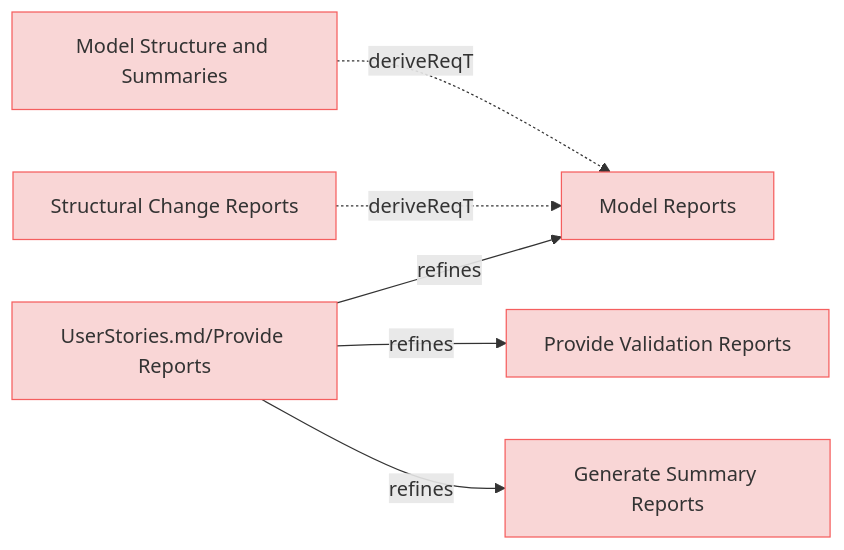
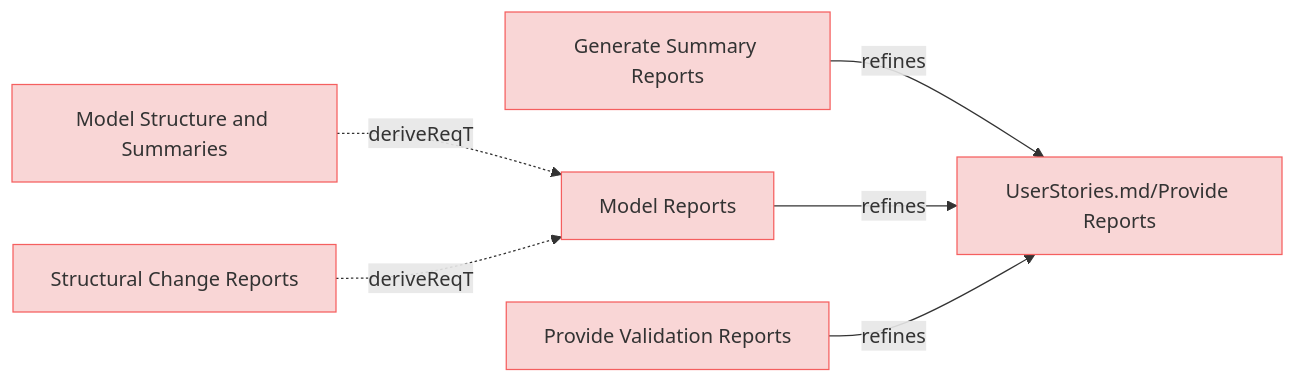
One commit to reqvire-org/reqvire changed the fifth of 9 diagrams in specifications/UserRequirements.md. Above: the diagram before and after it, drawn with Mermaid. The commit also changed other lines of this file and 22 other files, not shown here.

````diff
--- a/specifications/UserRequirements.md
+++ b/specifications/UserRequirements.md
@@ -369,32 +369,32 @@
 ```mermaid
 graph LR;
   %% Graph styling
   classDef requirement fill:#f9d6d6,stroke:#f55f5f,stroke-width:1px;
   classDef verification fill:#d6f9d6,stroke:#5fd75f,stroke-width:1px;
   classDef externalLink fill:#d0e0ff,stroke:#3080ff,stroke-width:1px;
   classDef default fill:#f5f5f5,stroke:#333333,stroke-width:1px;
 
+  40de7485b25294["Model Structure and Summaries"];
+  click 40de7485b25294 "https://github.com/Reqvire/reqvire/blob/ad88ba6b828e94c93382866fefd058c011c1ac60/specifications/UserRequirements.md#model-structure-and-summaries";
+  class 40de7485b25294 requirement;
   98d3f01fb666c41f["Model Reports"];
-  click 98d3f01fb666c41f "https://github.com/Reqvire/reqvire/blob/667635d4628fed400323f7df3689af2dbc2ad666/specifications/UserRequirements.md#model-reports";
   class 98d3f01fb666c41f requirement;
+  click 98d3f01fb666c41f "https://github.com/Reqvire/reqvire/blob/ad88ba6b828e94c93382866fefd058c011c1ac60/specifications/UserRequirements.md#model-reports";
+  40de7485b25294 -.->|deriveReqT| 98d3f01fb666c41f;
+  db41436c9a771e21["Generate Summary Reports"];
+  click db41436c9a771e21 "https://github.com/Reqvire/reqvire/blob/ad88ba6b828e94c93382866fefd058c011c1ac60/specifications/UserRequirements.md#generate-summary-reports";
+  class db41436c9a771e21 requirement;
   9cb6618c17d19a11["UserStories.md/Provide Reports"];
   class 9cb6618c17d19a11 requirement;
-  click 9cb6618c17d19a11 "https://github.com/Reqvire/reqvire/blob/667635d4628fed400323f7df3689af2dbc2ad666/specifications/UserStories.md#provide-reports";
-  9cb6618c17d19a11 -->|refines| 98d3f01fb666c41f;
+  click 9cb6618c17d19a11 "https://github.com/Reqvire/reqvire/blob/ad88ba6b828e94c93382866fefd058c011c1ac60/specifications/UserStories.md#provide-reports";
+  db41436c9a771e21 -->|refines| 9cb6618c17d19a11;
+  98d3f01fb666c41f -->|refines| 9cb6618c17d19a11;
   2d3cfde19fc6bb79["Provide Validation Reports"];
-  click 2d3cfde19fc6bb79 "https://github.com/Reqvire/reqvire/blob/667635d4628fed400323f7df3689af2dbc2ad666/specifications/UserRequirements.md#provide-validation-reports";
+  click 2d3cfde19fc6bb79 "https://github.com/Reqvire/reqvire/blob/ad88ba6b828e94c93382866fefd058c011c1ac60/specifications/UserRequirements.md#provide-validation-reports";
   class 2d3cfde19fc6bb79 requirement;
-  9cb6618c17d19a11 -->|refines| 2d3cfde19fc6bb79;
-  db41436c9a771e21["Generate Summary Reports"];
-  click db41436c9a771e21 "https://github.com/Reqvire/reqvire/blob/667635d4628fed400323f7df3689af2dbc2ad666/specifications/UserRequirements.md#generate-summary-reports";
-  class db41436c9a771e21 requirement;
-  9cb6618c17d19a11 -->|refines| db41436c9a771e21;
-  40de7485b25294["Model Structure and Summaries"];
-  click 40de7485b25294 "https://github.com/Reqvire/reqvire/blob/667635d4628fed400323f7df3689af2dbc2ad666/specifications/UserRequirements.md#model-structure-and-summaries";
-  class 40de7485b25294 requirement;
-  40de7485b25294 -.->|deriveReqT| 98d3f01fb666c41f;
+  2d3cfde19fc6bb79 -->|refines| 9cb6618c17d19a11;
   6572e9cc4d78415a["Structural Change Reports"];
-  click 6572e9cc4d78415a "https://github.com/Reqvire/reqvire/blob/667635d4628fed400323f7df3689af2dbc2ad666/specifications/UserRequirements.md#structural-change-reports";
+  click 6572e9cc4d78415a "https://github.com/Reqvire/reqvire/blob/ad88ba6b828e94c93382866fefd058c011c1ac60/specifications/UserRequirements.md#structural-change-reports";
   class 6572e9cc4d78415a requirement;
   6572e9cc4d78415a -.->|deriveReqT| 98d3f01fb666c41f;
 ```
````
